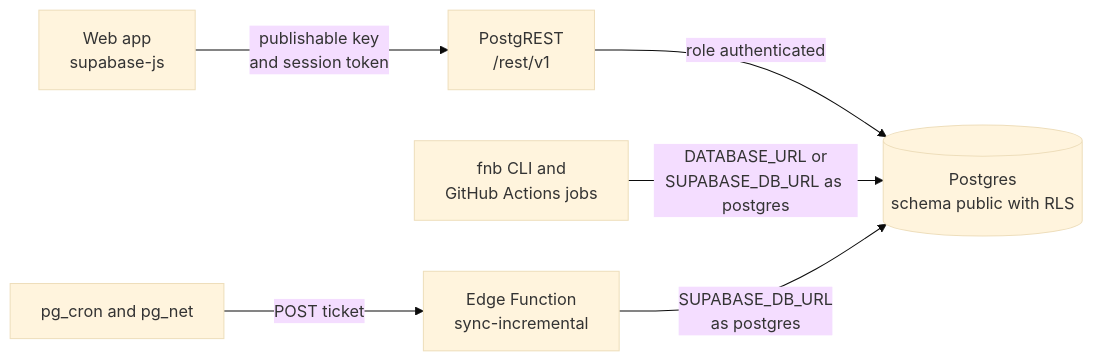
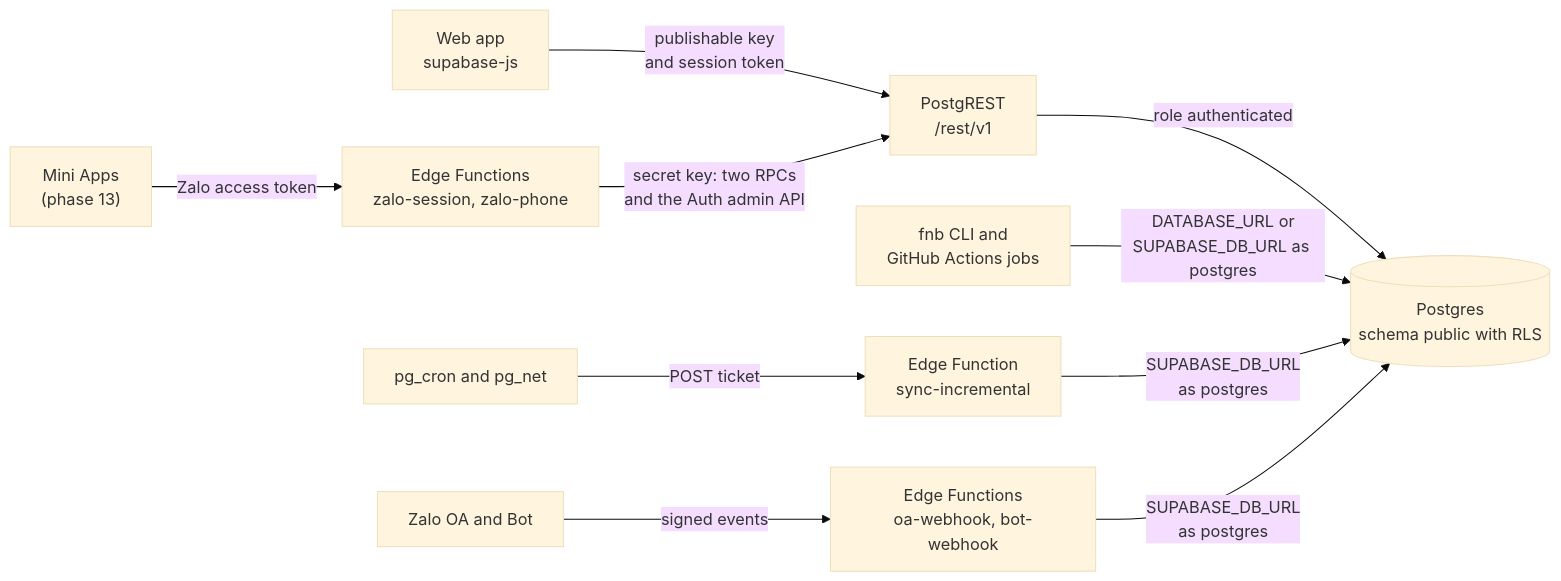
The diagram in docs/api.md (qa-io-vn/fnb-manager), drawn with Mermaid (base theme) before and after one commit. The commit also changed other lines of this file and 23 other files, not shown here.

````diff
--- a/docs/api.md
+++ b/docs/api.md
@@ -22,8 +22,12 @@
 ```mermaid
 flowchart LR
   W["Web app<br/>supabase-js"] -- "publishable key<br/>and session token" --> P["PostgREST<br/>/rest/v1"]
   P -- "role authenticated" --> D[("Postgres<br/>schema public with RLS")]
   J["fnb CLI and<br/>GitHub Actions jobs"] -- "DATABASE_URL or<br/>SUPABASE_DB_URL as postgres" --> D
   S["pg_cron and pg_net"] -- "POST ticket" --> E["Edge Function<br/>sync-incremental"]
   E -- "SUPABASE_DB_URL<br/>as postgres" --> D
+  M["Mini Apps<br/>(phase 13)"] -- "Zalo access token" --> Z["Edge Functions<br/>zalo-session, zalo-phone"]
+  Z -- "secret key: two RPCs<br/>and the Auth admin API" --> P
+  O["Zalo OA and Bot"] -- "signed events" --> W2["Edge Functions<br/>oa-webhook, bot-webhook"]
+  W2 -- "SUPABASE_DB_URL<br/>as postgres" --> D
 ```
````
